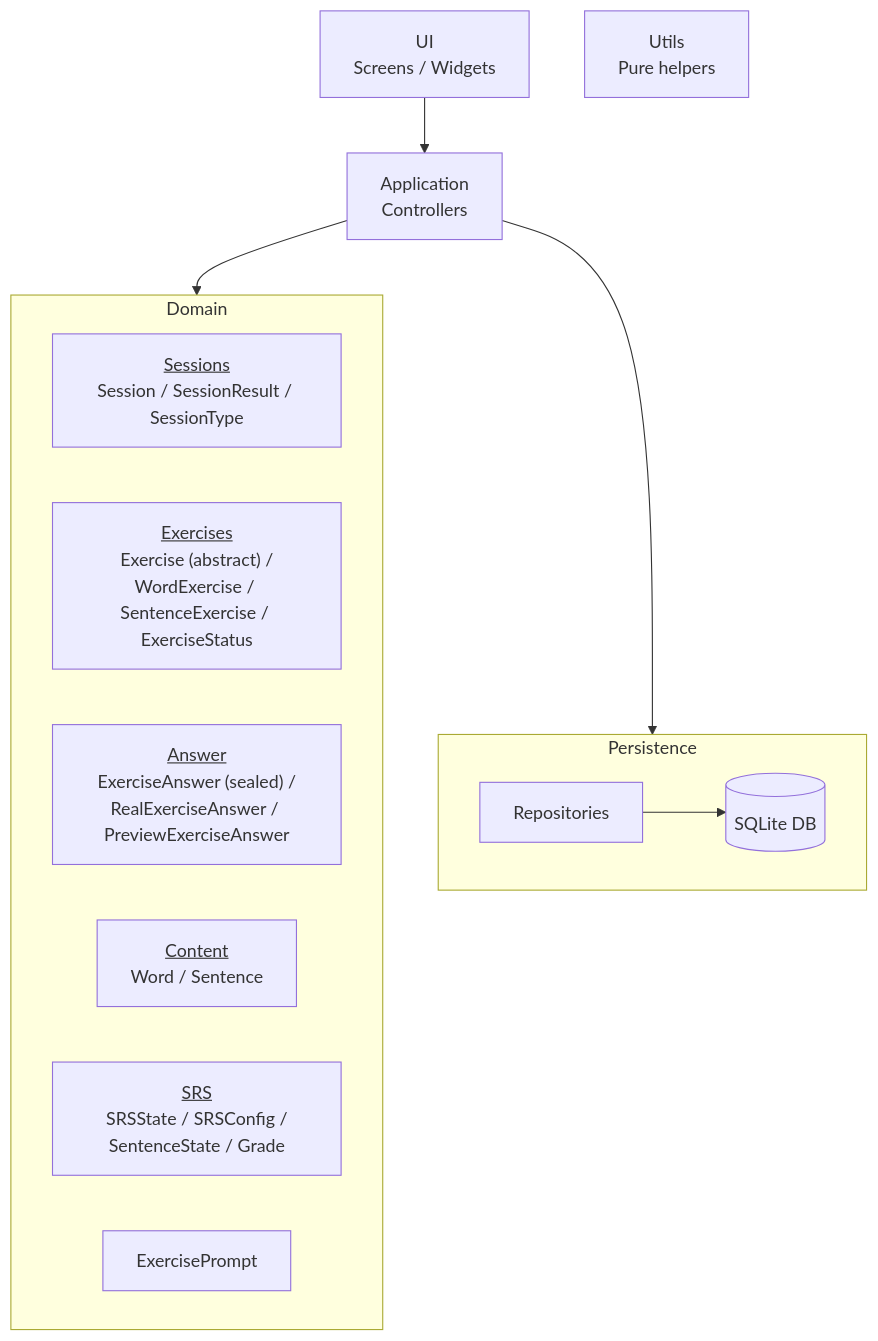
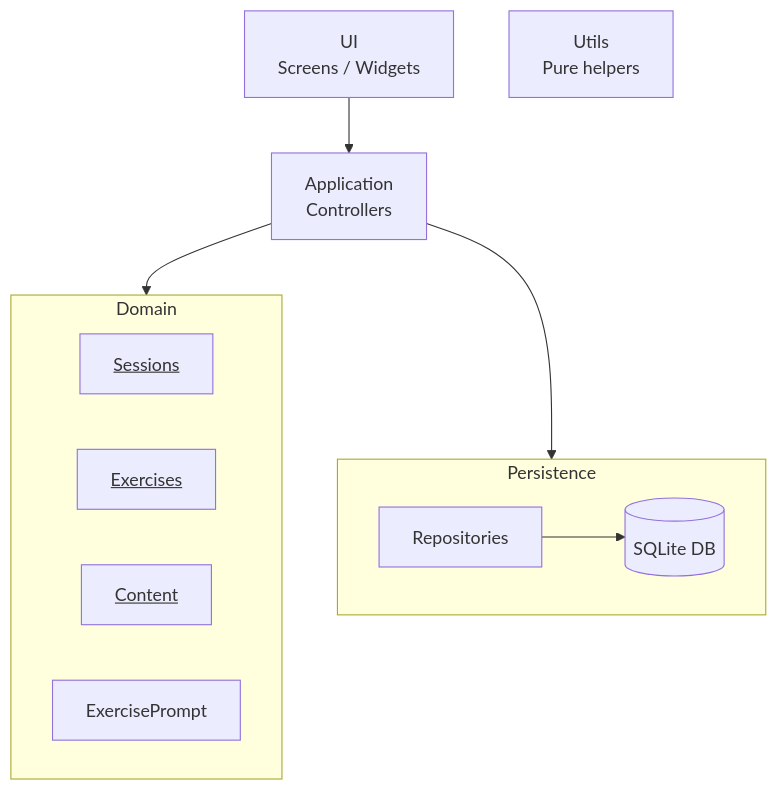
Before and after one commit to Antoine-Lagache/psitta: the diagram in docs/architecture/overview.md, drawn with Mermaid. The commit also changed other lines of this file and 24 other files, not shown here.

````diff
--- a/docs/architecture/overview.md
+++ b/docs/architecture/overview.md
@@ -14,34 +14,32 @@
 ```mermaid
 flowchart TD
     %% UI
     UI["UI<br/>Screens / Widgets"]
 
     %% Application
     APP["Application<br/>Controllers"]
 
     %% Domain (with internal structure)
     subgraph DOM["Domain"]
-        DOM_SESS["<u>Sessions</u><br/>Session / SessionResult / SessionType"]
-        DOM_EXO["<u>Exercises</u><br/> Exercise (abstract) / WordExercise / SentenceExercise / ExerciseStatus"]
-        DOM_ANSWER["<u>Answer</u><br/> ExerciseAnswer (sealed) / RealExerciseAnswer / PreviewExerciseAnswer"]
-        DOM_CONTENT["<u>Content</u><br/> Word / Sentence"]
-        DOM_SRS["<u>SRS</u><br/> SRSState / SRSConfig / SentenceState / Grade"]
+        DOM_SESS["<u>Sessions</u>"]
+        DOM_EXO["<u>Exercises</u>"]
+        DOM_CONTENT["<u>Content</u>"]
         DOM_PROMPT["ExercisePrompt"]
     end
 
     %% Persistence
     subgraph PERS["Persistence"]
         REPO["Repositories"]
         DB[(SQLite DB)]
         REPO --> DB
     end
 
     %% Utils (transversal, no explicit dependencies)
     UTILS["Utils<br/>Pure helpers"]
 
     %% Main dependencies
     UI --> APP
     APP --> DOM
     APP --> PERS
 
 ```
````
